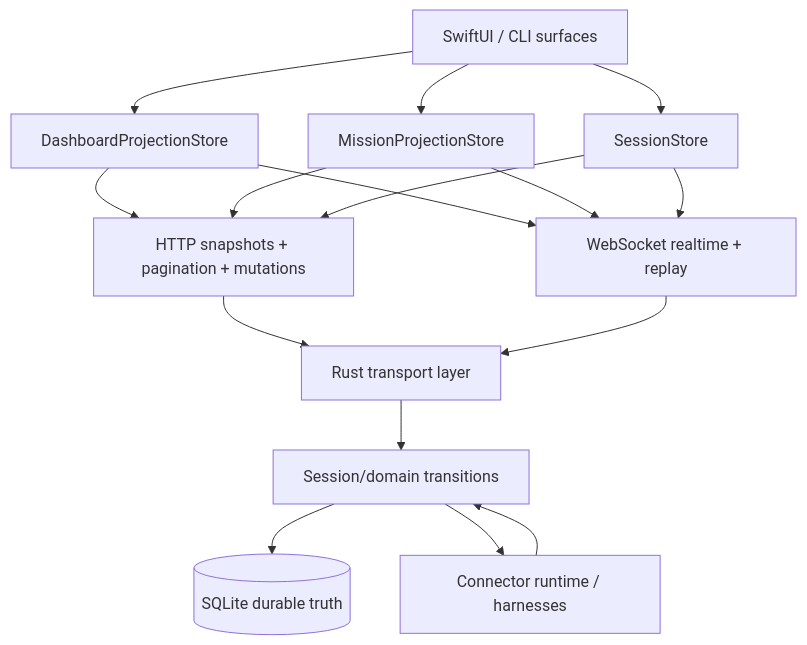
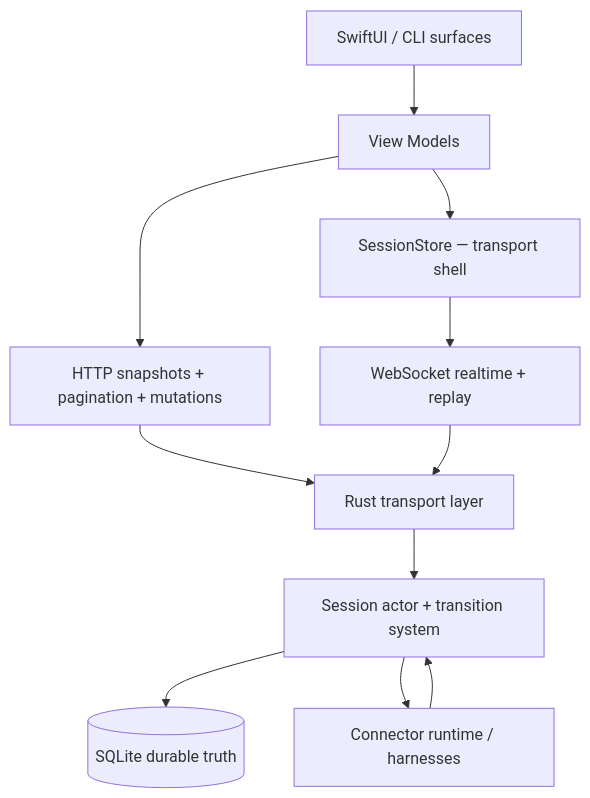
Before and after one commit to Robdel12/OrbitDock: the first of 2 diagrams in docs/data-flow.md, drawn with Mermaid. The commit also changed 20 other files, not shown here.

First line of the commit message:
📝 Overhaul architecture docs and add operations guide

````diff
--- a/docs/data-flow.md
+++ b/docs/data-flow.md
@@ -22,32 +22,25 @@
 ```mermaid
 flowchart TD
     UI[SwiftUI / CLI surfaces]
-    DPS[DashboardProjectionStore]
-    MPS[MissionProjectionStore]
-    SS[SessionStore]
+    VM[View Models]
+    SS[SessionStore — transport shell]
     WS[WebSocket realtime + replay]
     HTTP[HTTP snapshots + pagination + mutations]
     API[Rust transport layer]
-    DOMAIN[Session/domain transitions]
+    DOMAIN[Session actor + transition system]
     DB[(SQLite durable truth)]
     RT[Connector runtime / harnesses]
 
-    UI --> DPS
-    UI --> MPS
-    UI --> SS
+    UI --> VM
+    VM --> SS
 
-    DPS --> HTTP
-    MPS --> HTTP
-    SS --> HTTP
-
-    DPS --> WS
-    MPS --> WS
+    VM --> HTTP
     SS --> WS
 
     HTTP --> API
     WS --> API
     API --> DOMAIN
     DOMAIN --> DB
     DOMAIN --> RT
     RT --> DOMAIN
 ```
````
